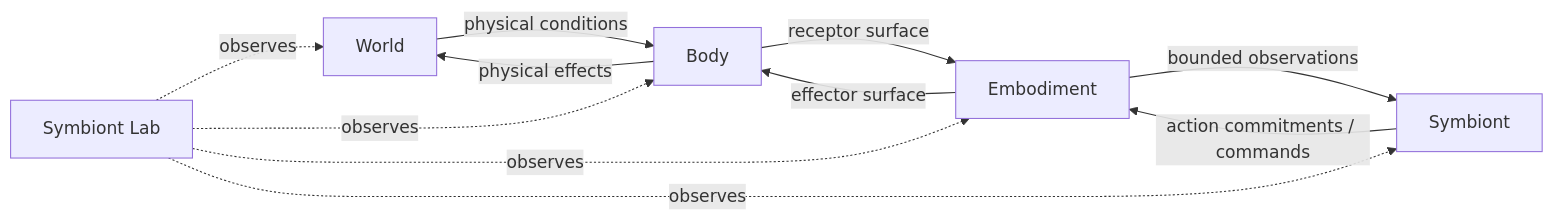
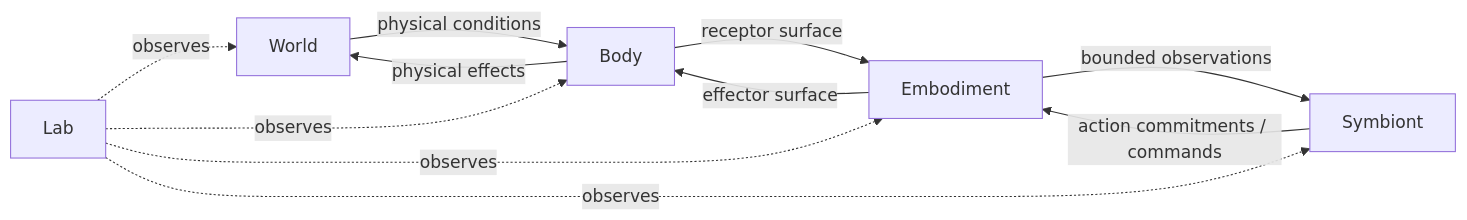
One commit to biopeia/observation changed the diagram in symbiont/docs/01-system-and-boundaries.md. Above: the diagram before and after it, drawn with Mermaid. The commit also changed other lines of this file and 25 other files, not shown here.

````diff
--- a/symbiont/docs/01-system-and-boundaries.md
+++ b/symbiont/docs/01-system-and-boundaries.md
@@ -7,13 +7,13 @@
 ```mermaid
 flowchart LR
     W[World] -->|physical conditions| B[Body]
     B -->|receptor surface| E[Embodiment]
     E -->|bounded observations| S[Symbiont]
     S -->|action commitments / commands| E
     E -->|effector surface| B
     B -->|physical effects| W
-    L[Symbiont Lab] -. observes .-> W
+    L[Lab] -. observes .-> W
     L -. observes .-> B
     L -. observes .-> E
     L -. observes .-> S
 ```
````
